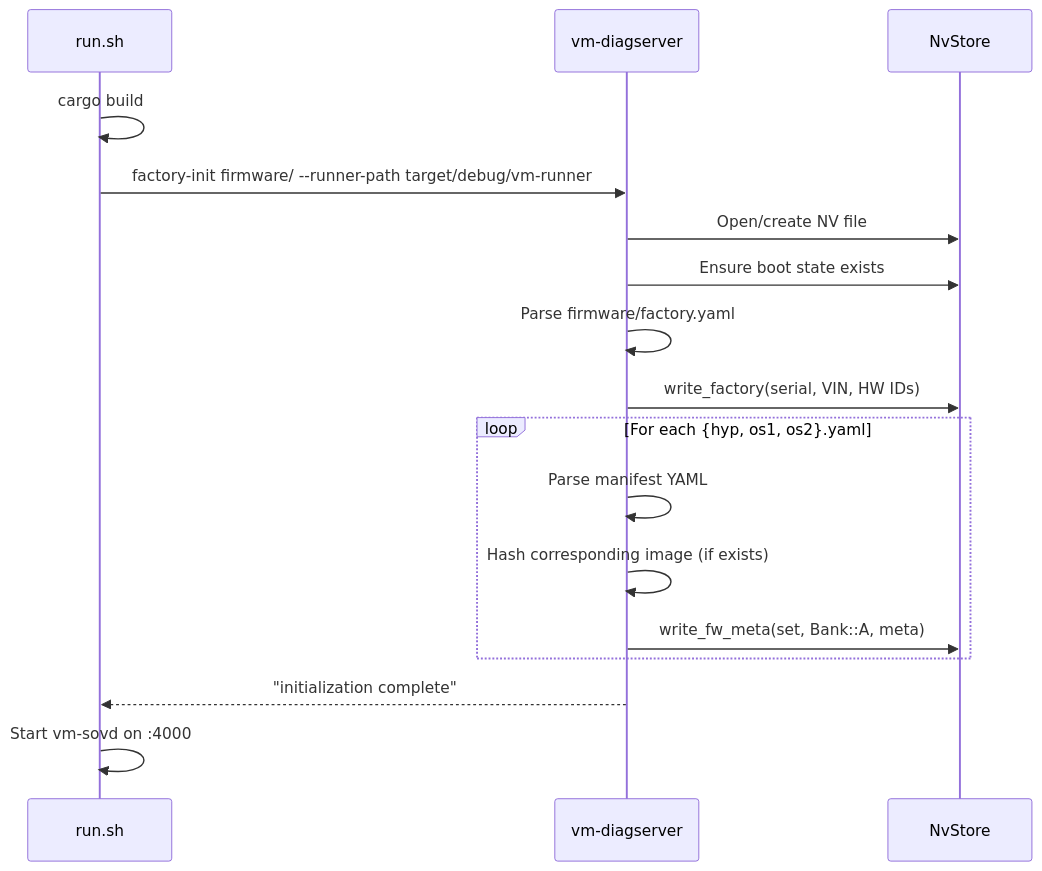
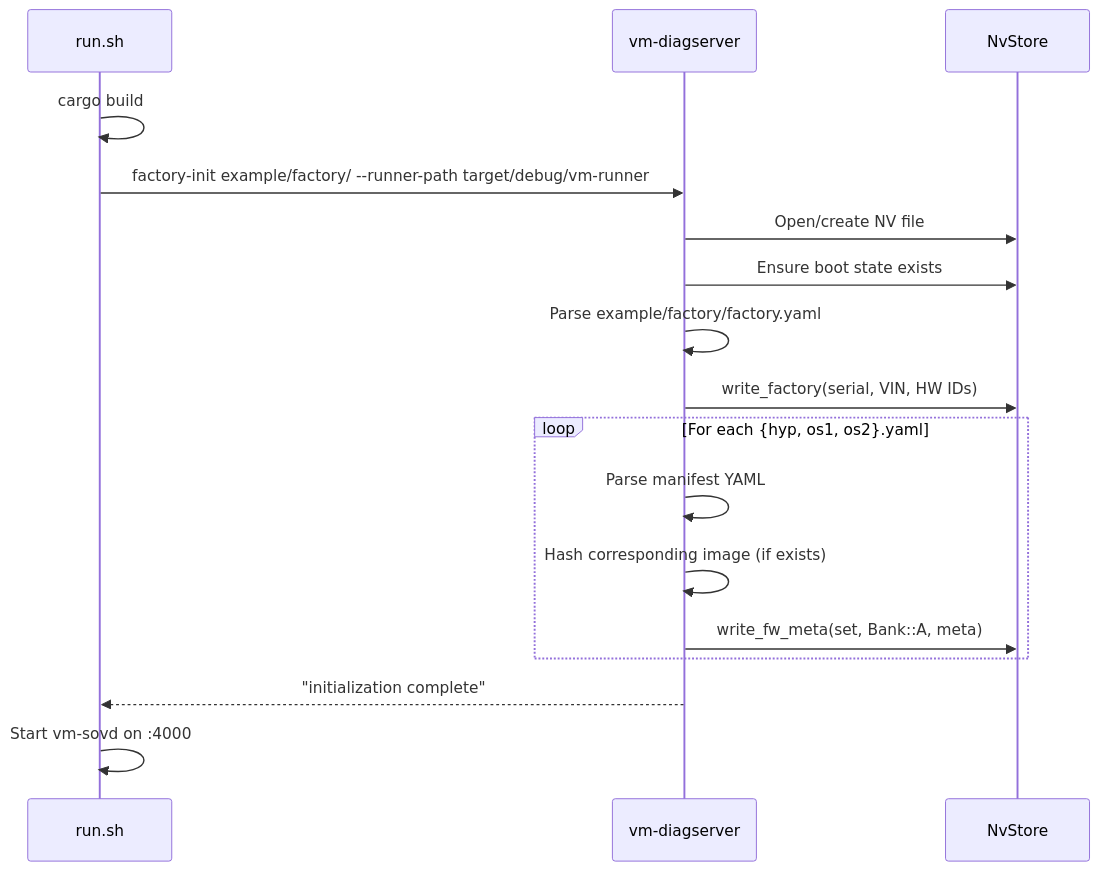
The seventh of 7 diagrams in ARCHITECTURE.md (sdv-playground/sumo-vm-mgr), drawn with Mermaid before and after one commit. The commit also changed other lines of this file and 4 other files, not shown here.

First line of the commit message:
Move factory manifests into example/ — they're test data, not production

````diff
--- a/ARCHITECTURE.md
+++ b/ARCHITECTURE.md
@@ -541,24 +544,24 @@
 ```mermaid
 sequenceDiagram
     participant S as run.sh
     participant D as vm-diagserver
     participant NV as NvStore
 
     S->>S: cargo build
-    S->>D: factory-init firmware/ --runner-path target/debug/vm-runner
+    S->>D: factory-init example/factory/ --runner-path target/debug/vm-runner
 
     D->>NV: Open/create NV file
     D->>NV: Ensure boot state exists
 
-    D->>D: Parse firmware/factory.yaml
+    D->>D: Parse example/factory/factory.yaml
     D->>NV: write_factory(serial, VIN, HW IDs)
 
     loop For each {hyp, os1, os2}.yaml
         D->>D: Parse manifest YAML
         D->>D: Hash corresponding image (if exists)
         D->>NV: write_fw_meta(set, Bank::A, meta)
     end
 
     D-->>S: "initialization complete"
     S->>S: Start vm-sovd on :4000
 ```
````
